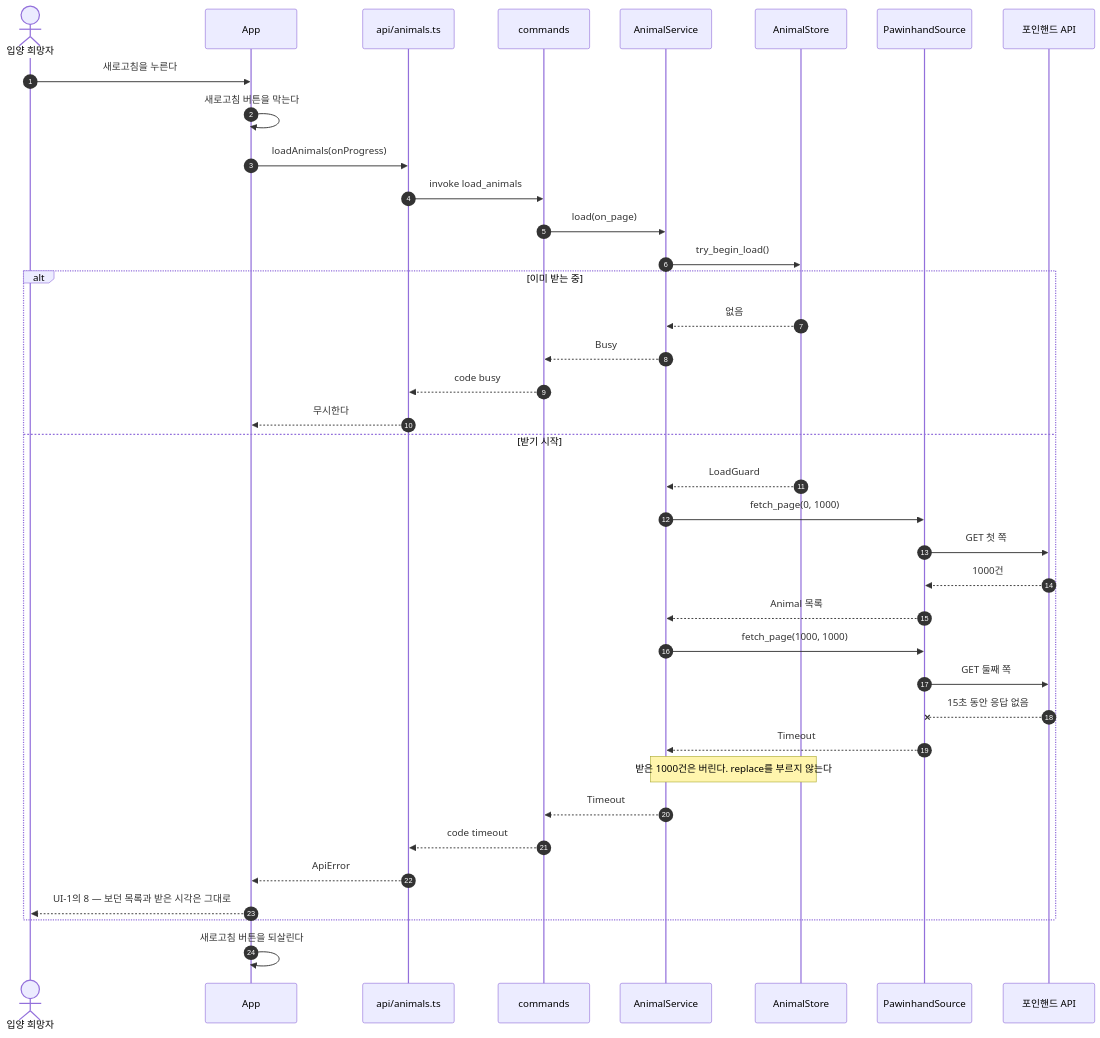
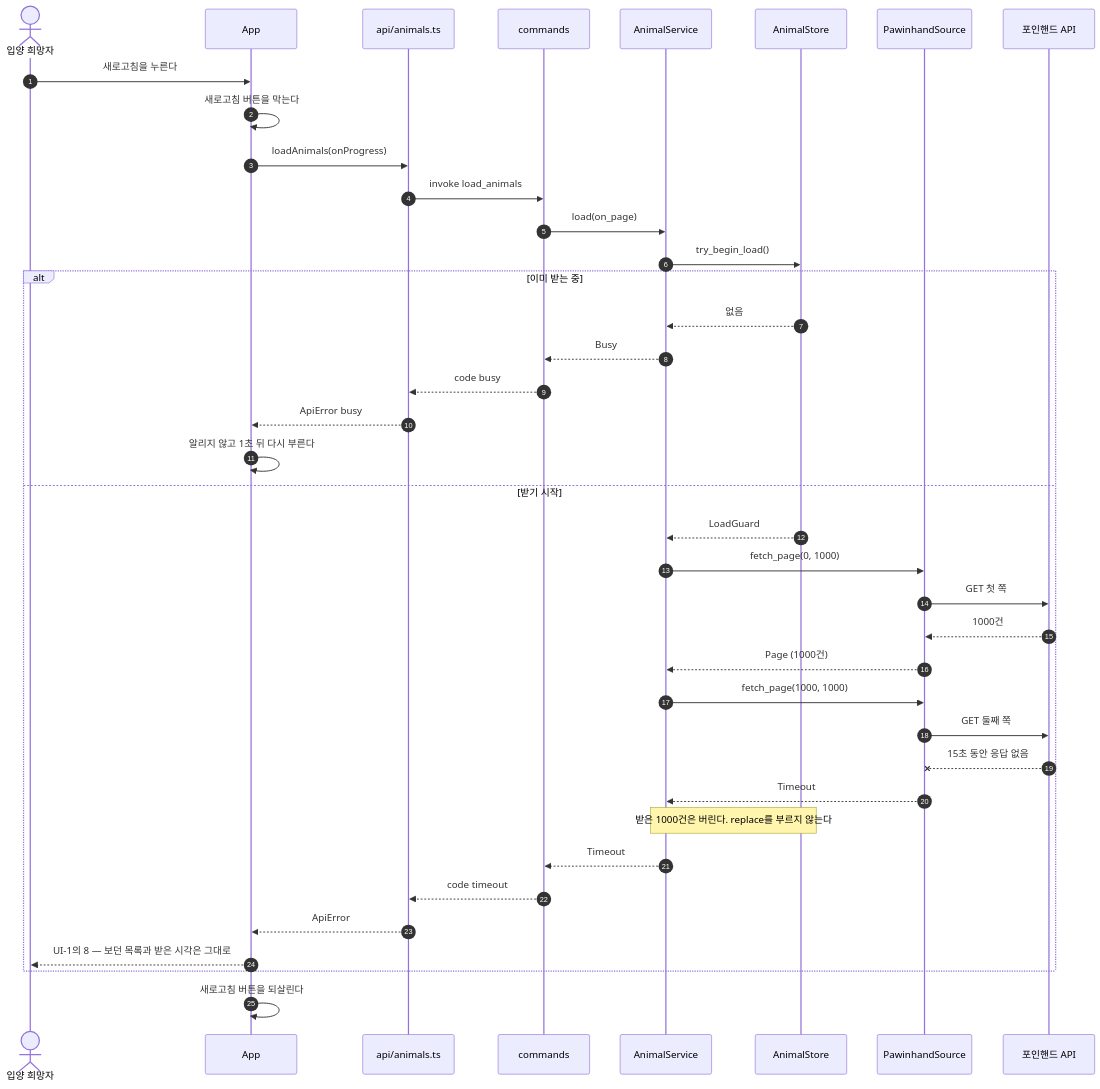
Before and after one commit to HoyoungParkme/fourinhand-crawl: the third of 5 diagrams in docs/specs/09-SEQ/PAW-SEQ-001.md, drawn with Mermaid. The commit also changed other lines of this file, not shown here.

Commit message:
구현에 맞춤: fetch_page가 Page(원래 건수 · 옮긴 Animal)를 돌려주고 record_page는 원래 건수로 센다, busy면 화면이 알리지 않고 1초 뒤 다시 부른다, 배포는 build.ps1(영문 이름·20MB 확인) 뒤 gh release

````diff
--- a/docs/specs/09-SEQ/PAW-SEQ-001.md
+++ b/docs/specs/09-SEQ/PAW-SEQ-001.md
@@ -128,40 +129,41 @@
 ```mermaid
 sequenceDiagram
     autonumber
     actor U as 입양 희망자
     participant APP as App
     participant API as api/animals.ts
     participant CMD as commands
     participant SVC as AnimalService
     participant ST as AnimalStore
     participant PS as PawinhandSource
     participant PAW as 포인핸드 API
     U->>APP: 새로고침을 누른다
     APP->>APP: 새로고침 버튼을 막는다
     APP->>API: loadAnimals(onProgress)
     API->>CMD: invoke load_animals
     CMD->>SVC: load(on_page)
     SVC->>ST: try_begin_load()
     alt 이미 받는 중
         ST-->>SVC: 없음
         SVC-->>CMD: Busy
         CMD-->>API: code busy
-        API-->>APP: 무시한다
+        API-->>APP: ApiError busy
+        APP->>APP: 알리지 않고 1초 뒤 다시 부른다
     else 받기 시작
         ST-->>SVC: LoadGuard
         SVC->>PS: fetch_page(0, 1000)
         PS->>PAW: GET 첫 쪽
         PAW-->>PS: 1000건
-        PS-->>SVC: Animal 목록
+        PS-->>SVC: Page (1000건)
         SVC->>PS: fetch_page(1000, 1000)
         PS->>PAW: GET 둘째 쪽
         PAW--xPS: 15초 동안 응답 없음
         PS-->>SVC: Timeout
         Note over SVC,ST: 받은 1000건은 버린다. replace를 부르지 않는다
         SVC-->>CMD: Timeout
         CMD-->>API: code timeout
         API-->>APP: ApiError
         APP-->>U: UI-1의 8 — 보던 목록과 받은 시각은 그대로
     end
     APP->>APP: 새로고침 버튼을 되살린다
 ```
````
